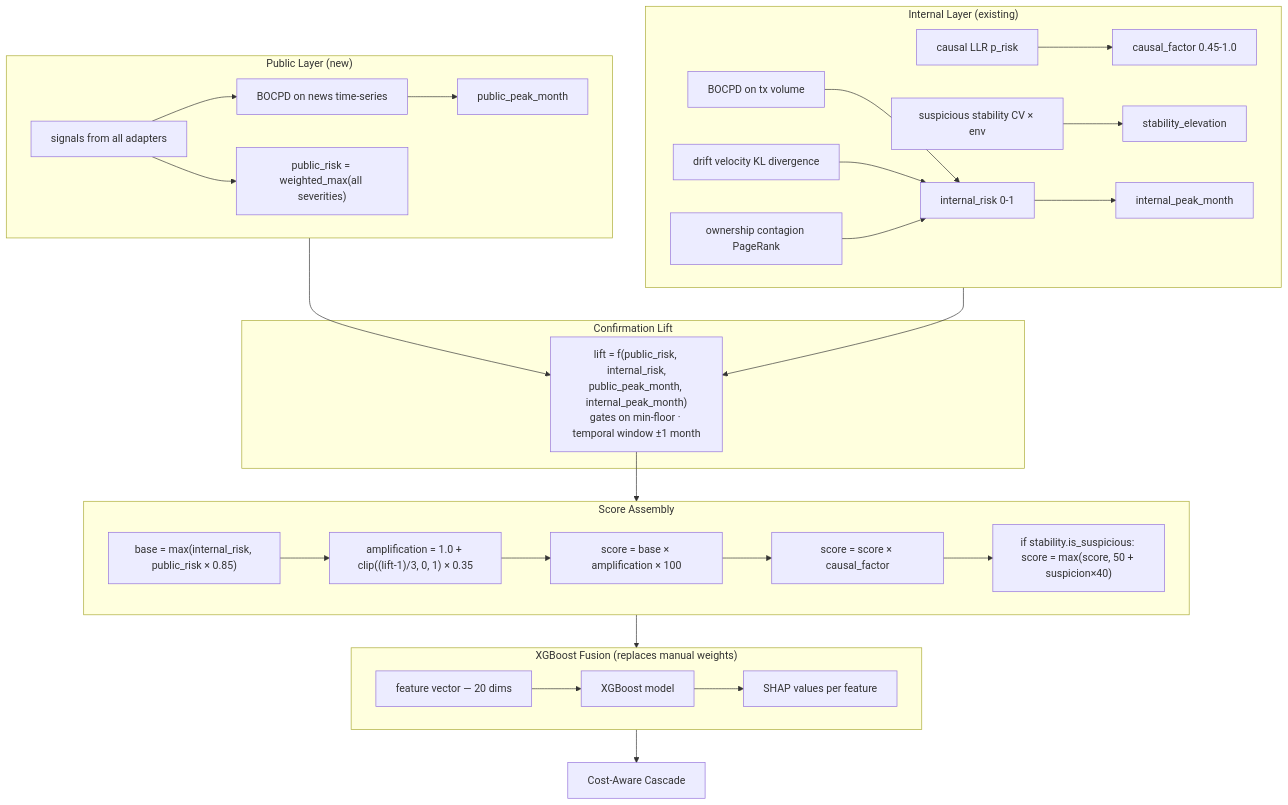
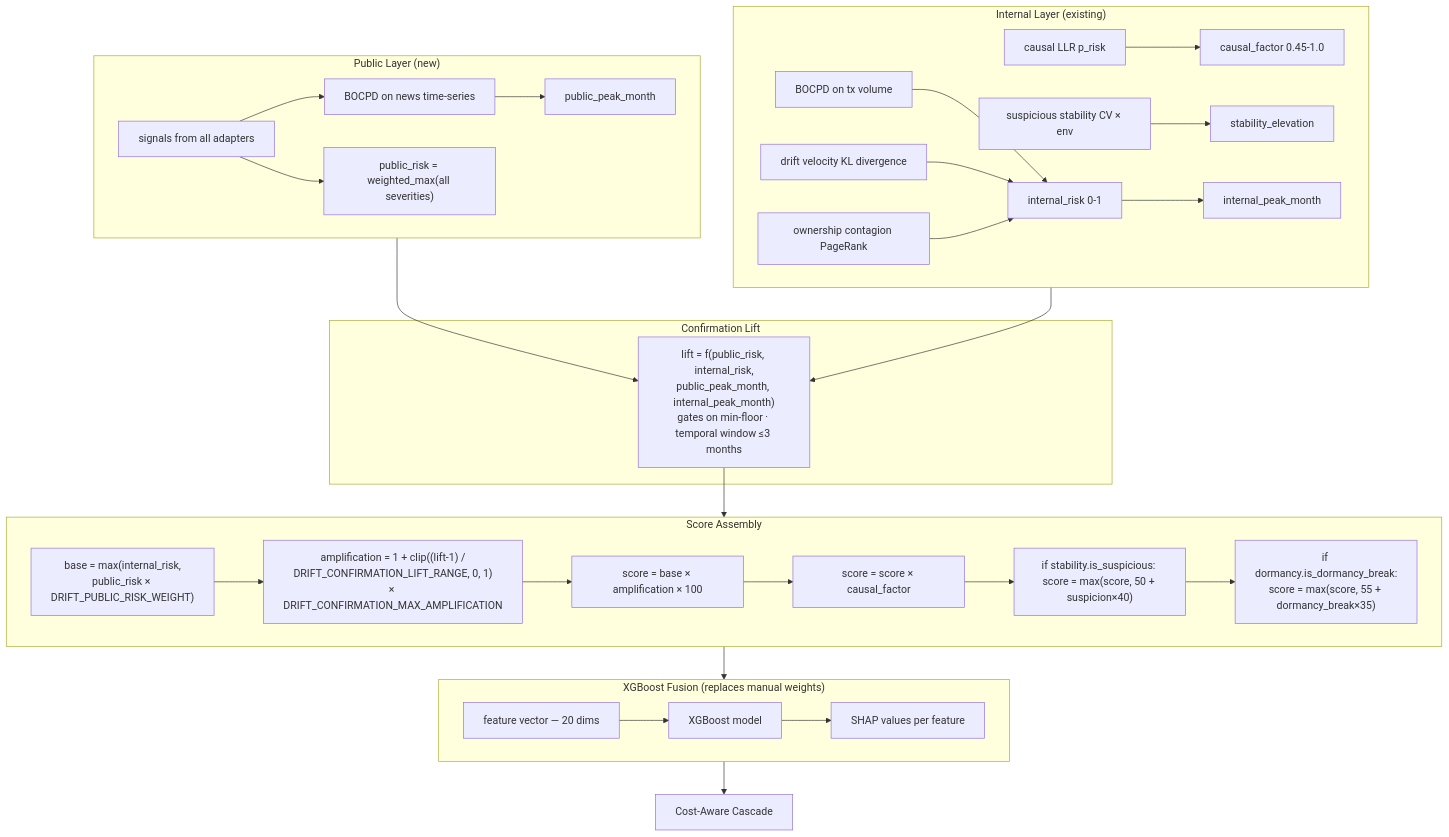
Before and after one commit to SteveDok22/Swisshacks-2026: diagram 14 of 19 in docs/source-integration-architecture.md, drawn with Mermaid. The commit also changed other lines of this file and 9 other files, not shown here.

````diff
--- a/docs/source-integration-architecture.md
+++ b/docs/source-integration-architecture.md
@@ -412,52 +412,53 @@
 ```mermaid
 flowchart TB
     subgraph PUBLIC["Public Layer (new)"]
         P1[signals from all adapters]
         P2[BOCPD on news time-series]
         P3["public_risk = weighted_max(all severities)"]
         P4[public_peak_month]
         P1 --> P2
         P1 --> P3
         P2 --> P4
     end
 
     subgraph INTERNAL["Internal Layer (existing)"]
         I1[BOCPD on tx volume]
         I2[drift velocity KL divergence]
         I3[ownership contagion PageRank]
         I4[causal LLR p_risk]
         I5[suspicious stability CV × env]
         I1 --> I6[internal_risk 0-1]
         I2 --> I6
         I3 --> I6
         I4 --> I7[causal_factor 0.45-1.0]
         I5 --> I8[stability_elevation]
         I6 --> I9[internal_peak_month]
     end
 
     subgraph LIFT["Confirmation Lift"]
-        CL["lift = f(public_risk, internal_risk,<br/>public_peak_month, internal_peak_month)<br/>gates on min-floor · temporal window ±1 month"]
+        CL["lift = f(public_risk, internal_risk,<br/>public_peak_month, internal_peak_month)<br/>gates on min-floor · temporal window ≤3 months"]
     end
 
     subgraph SCORE["Score Assembly"]
-        SC1["base = max(internal_risk, public_risk × 0.85)"]
-        SC2["amplification = 1.0 + clip((lift-1)/3, 0, 1) × 0.35"]
+        SC1["base = max(internal_risk,<br/>public_risk × DRIFT_PUBLIC_RISK_WEIGHT)"]
+        SC2["amplification = 1 + clip((lift-1) /<br/>DRIFT_CONFIRMATION_LIFT_RANGE, 0, 1)<br/>× DRIFT_CONFIRMATION_MAX_AMPLIFICATION"]
         SC3["score = base × amplification × 100"]
         SC4["score = score × causal_factor"]
         SC5["if stability.is_suspicious: score = max(score, 50 + suspicion×40)"]
-        SC1 --> SC2 --> SC3 --> SC4 --> SC5
+        SC6["if dormancy.is_dormancy_break:<br/>score = max(score, 55 + dormancy_break×35)"]
+        SC1 --> SC2 --> SC3 --> SC4 --> SC5 --> SC6
     end
 
     subgraph XGBOOST["XGBoost Fusion (replaces manual weights)"]
         XF[feature vector — 20 dims]
         XGB[XGBoost model]
         XS[SHAP values per feature]
         XF --> XGB --> XS
     end
 
     PUBLIC --> CL
     INTERNAL --> CL
     CL --> SCORE
     SCORE --> XGBOOST
     XGBOOST --> CASCADE[Cost-Aware Cascade]
 ```
````
